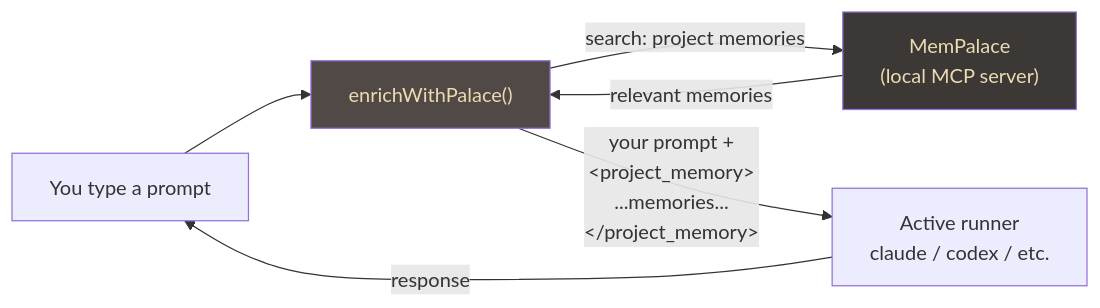
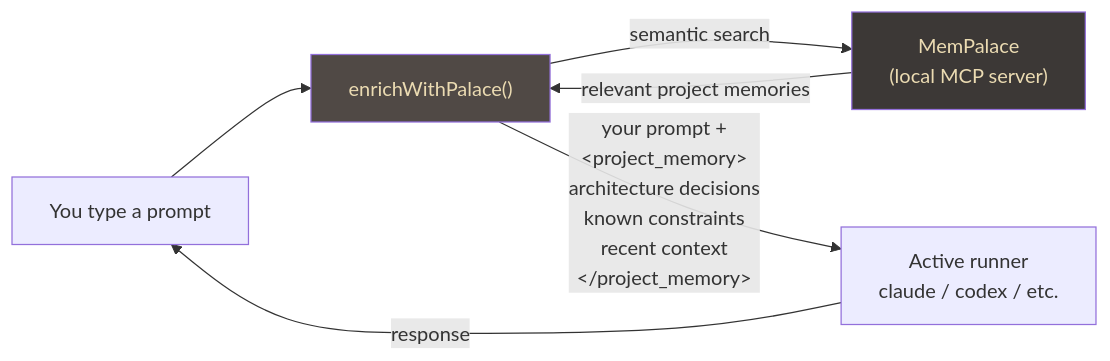
The second of 3 diagrams in docs/milliways-blog.md (mwigge/milliways), drawn with Mermaid before and after one commit. The commit also changed other lines of this file, not shown here.

````diff
--- a/docs/milliways-blog.md
+++ b/docs/milliways-blog.md
@@ -62,16 +60,16 @@
 ```mermaid
 flowchart LR
     U["You type a prompt"]
     E["enrichWithPalace()"]
     MP["MemPalace\n(local MCP server)"]
     R["Active runner\nclaude / codex / etc."]
-    
+
     U --> E
-    E -->|"search: project memories"| MP
-    MP -->|"relevant memories"| E
-    E -->|"your prompt +\n&lt;project_memory&gt;\n...memories...\n&lt;/project_memory&gt;"| R
+    E -->|"semantic search"| MP
+    MP -->|"relevant project memories"| E
+    E -->|"your prompt +\n&lt;project_memory&gt;\n  architecture decisions\n  known constraints\n  recent context\n&lt;/project_memory&gt;"| R
     R -->|"response"| U
 
     style MP fill:#3c3836,color:#ebdbb2
     style E fill:#504945,color:#ebdbb2
 ```
````
